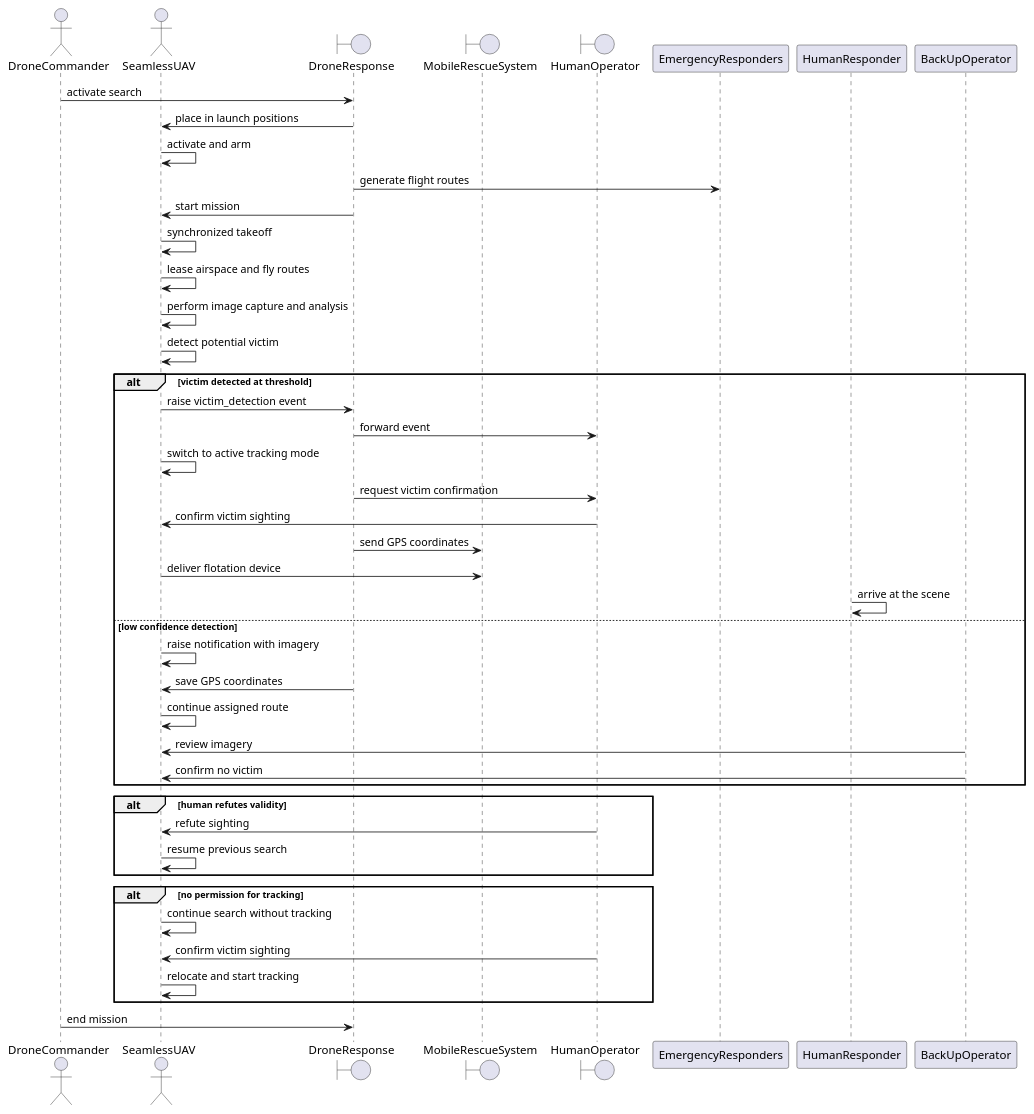
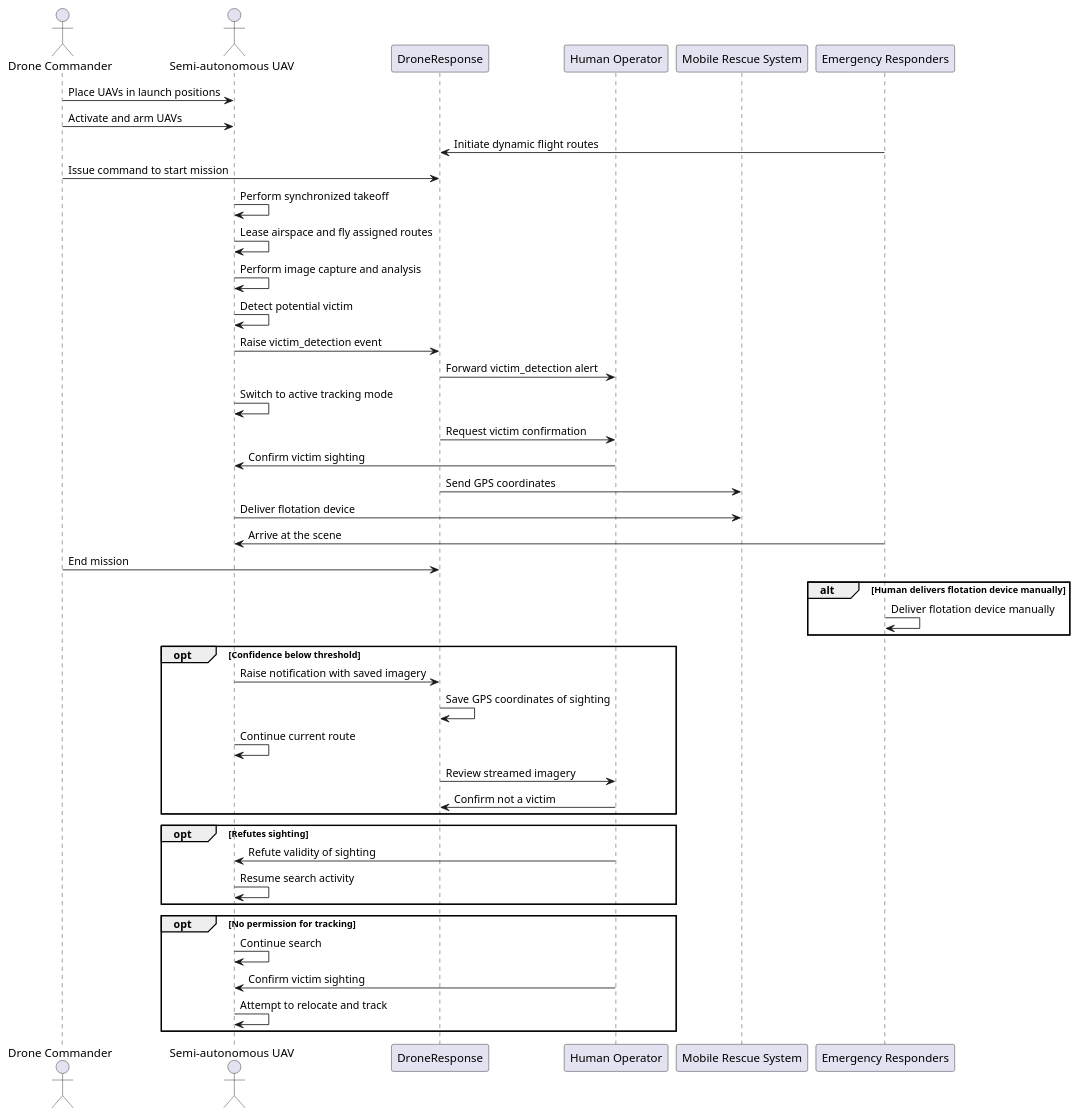
The diagram in data/outputsAI/SD1.puml (wbfenijo/Bakalarka), drawn with PlantUML before and after one commit. The commit also changed 2 other files, not shown here.

```diff
--- a/data/outputsAI/SD1.puml
+++ b/data/outputsAI/SD1.puml
@@ -1,43 +1,49 @@
 @startuml
-actor DroneCommander
-actor SeamlessUAV
-boundary DroneResponse
-boundary MobileRescueSystem
-boundary HumanOperator
+actor "Drone Commander" as DC
+actor "Semi-autonomous UAV" as UAV
+participant "DroneResponse" as DR
+participant "Human Operator" as HO
+participant "Mobile Rescue System" as MRS
+participant "Emergency Responders" as ER
 
-DroneCommander -> DroneResponse : activate search
-DroneResponse -> SeamlessUAV : place in launch positions
-SeamlessUAV -> SeamlessUAV : activate and arm
-DroneResponse -> EmergencyResponders : generate flight routes
-DroneResponse -> SeamlessUAV : start mission
-SeamlessUAV -> SeamlessUAV : synchronized takeoff
-SeamlessUAV -> SeamlessUAV : lease airspace and fly routes
-SeamlessUAV -> SeamlessUAV : perform image capture and analysis
-SeamlessUAV -> SeamlessUAV : detect potential victim
-alt victim detected at threshold
-    SeamlessUAV -> DroneResponse : raise victim_detection event
-    DroneResponse -> HumanOperator : forward event
-    SeamlessUAV -> SeamlessUAV : switch to active tracking mode
-    DroneResponse -> HumanOperator : request victim confirmation
-    HumanOperator -> SeamlessUAV : confirm victim sighting
-    DroneResponse -> MobileRescueSystem : send GPS coordinates
-    SeamlessUAV -> MobileRescueSystem : deliver flotation device
-    HumanResponder -> HumanResponder : arrive at the scene
-else low confidence detection
-    SeamlessUAV -> SeamlessUAV : raise notification with imagery
-    DroneResponse -> SeamlessUAV : save GPS coordinates
-    SeamlessUAV -> SeamlessUAV : continue assigned route
-    BackUpOperator -> SeamlessUAV : review imagery
-    BackUpOperator -> SeamlessUAV : confirm no victim
+DC -> UAV: Place UAVs in launch positions
+DC -> UAV: Activate and arm UAVs
+ER -> DR: Initiate dynamic flight routes
+DC -> DR: Issue command to start mission
+UAV -> UAV: Perform synchronized takeoff
+UAV -> UAV: Lease airspace and fly assigned routes
+UAV -> UAV: Perform image capture and analysis
+UAV -> UAV: Detect potential victim
+UAV -> DR: Raise victim_detection event
+DR -> HO: Forward victim_detection alert
+UAV -> UAV: Switch to active tracking mode
+DR -> HO: Request victim confirmation
+HO -> UAV: Confirm victim sighting
+DR -> MRS: Send GPS coordinates
+UAV -> MRS: Deliver flotation device
+ER -> UAV: Arrive at the scene
+DC -> DR: End mission
+
+alt Human delivers flotation device manually
+    ER -> ER: Deliver flotation device manually
 end
-alt human refutes validity
-    HumanOperator -> SeamlessUAV : refute sighting
-    SeamlessUAV -> SeamlessUAV : resume previous search
+
+opt Confidence below threshold
+    UAV -> DR: Raise notification with saved imagery
+    DR -> DR: Save GPS coordinates of sighting
+    UAV -> UAV: Continue current route
+    DR -> HO: Review streamed imagery
+    HO -> DR: Confirm not a victim
 end
-alt no permission for tracking
-    SeamlessUAV -> SeamlessUAV : continue search without tracking
-    HumanOperator -> SeamlessUAV : confirm victim sighting
-    SeamlessUAV -> SeamlessUAV : relocate and start tracking
+
+opt Refutes sighting
+    HO -> UAV: Refute validity of sighting
+    UAV -> UAV: Resume search activity
 end
-DroneCommander -> DroneResponse : end mission
+
+opt No permission for tracking
+    UAV -> UAV: Continue search
+    HO -> UAV: Confirm victim sighting
+    UAV -> UAV: Attempt to relocate and track
+end
 @enduml
```
